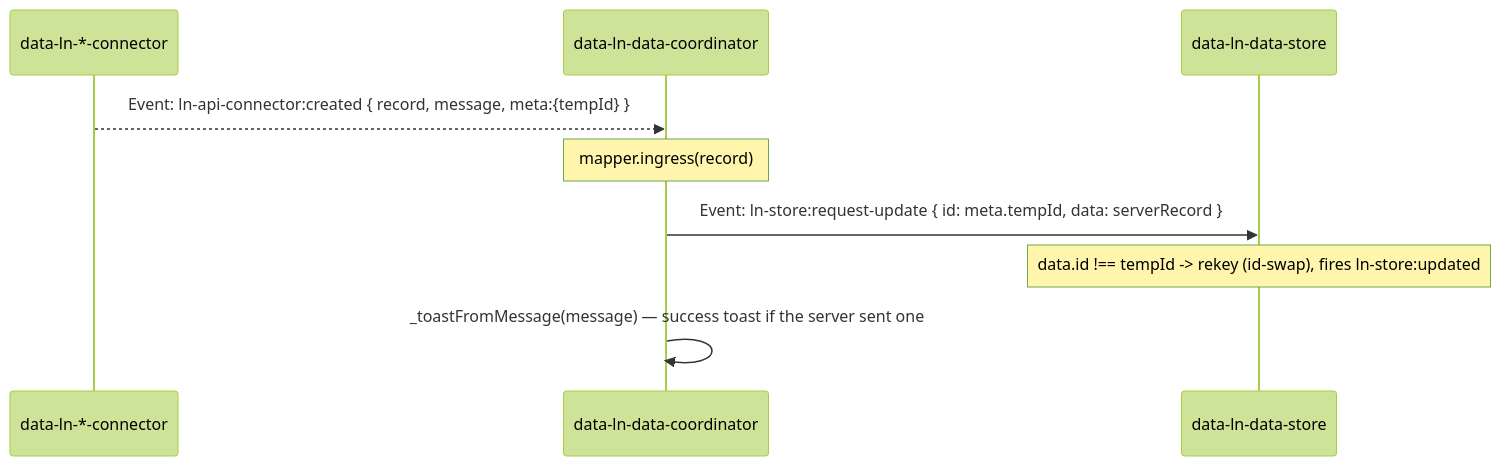
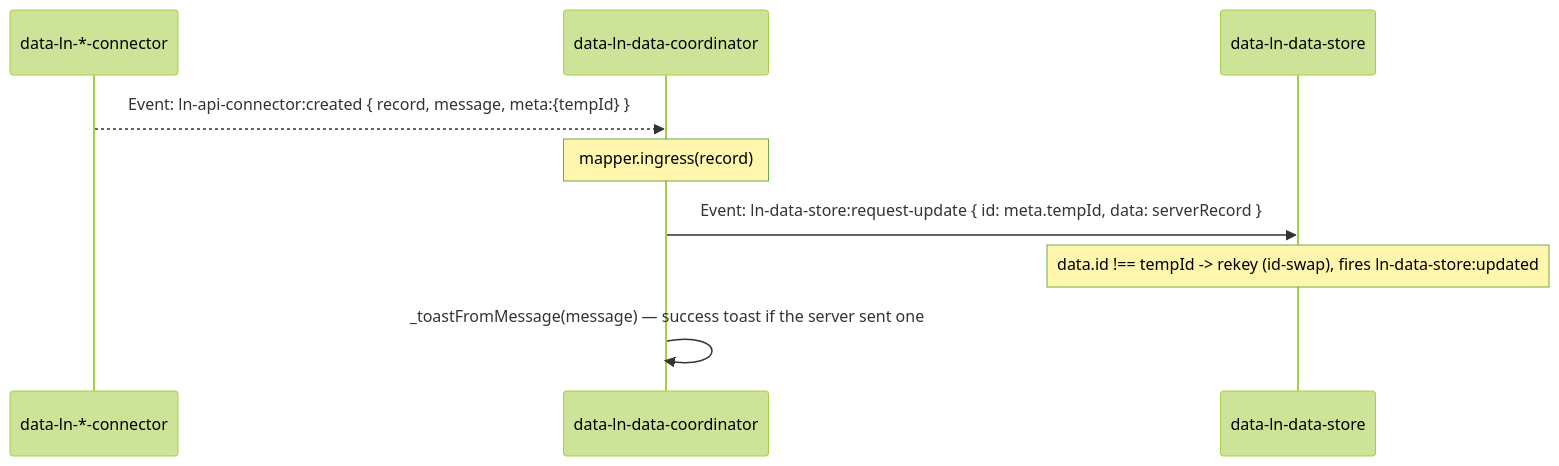
One commit to livenetworks/ln-ashlar changed the third of 3 diagrams in js/ln-data-coordinator/README.md. Above: the diagram before and after it, drawn with Mermaid (forest theme). The commit also changed other lines of this file and 58 other files, not shown here.

Commit message:
refactor(data-store): rename events to ln-data-store:* across components, demo, and docs

````diff
--- a/js/ln-data-coordinator/README.md
+++ b/js/ln-data-coordinator/README.md
@@ -258,12 +258,12 @@
 ```mermaid
 sequenceDiagram
     participant Gateway as data-ln-*-connector
     participant Coord as data-ln-data-coordinator
     participant Store as data-ln-data-store
 
     Gateway-->>Coord: Event: ln-api-connector:created { record, message, meta:{tempId} }
     Note over Coord: mapper.ingress(record)
-    Coord->>Store: Event: ln-store:request-update { id: meta.tempId, data: serverRecord }
-    Note over Store: data.id !== tempId -> rekey (id-swap), fires ln-store:updated
+    Coord->>Store: Event: ln-data-store:request-update { id: meta.tempId, data: serverRecord }
+    Note over Store: data.id !== tempId -> rekey (id-swap), fires ln-data-store:updated
     Coord->>Coord: _toastFromMessage(message) — success toast if the server sent one
 ```
````
